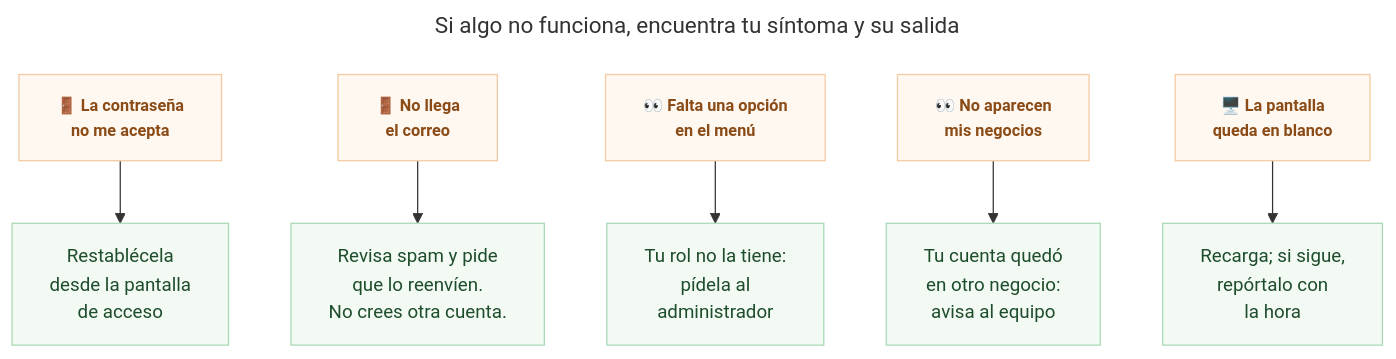
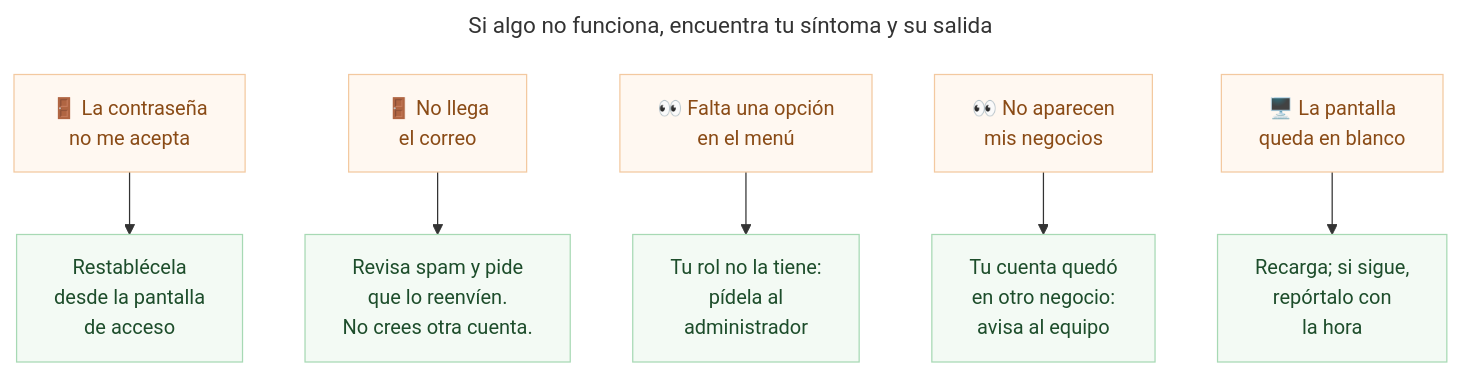
The second of 2 diagrams in ada/qa/00-acceso.md (sotobotero/sotobotero-projects-docs), drawn with Mermaid before and after one commit. The commit also changed other lines of this file and 6 other files, not shown here.

````diff
--- a/ada/qa/00-acceso.md
+++ b/ada/qa/00-acceso.md
@@ -60,29 +60,29 @@
 ```mermaid
 ---
 title: Si algo no funciona, encuentra tu síntoma y su salida
 config:
   securityLevel: loose
 ---
 flowchart TB
     A1["🚪 La contraseña<br/>no me acepta"]:::fallo
     A2["🚪 No llega<br/>el correo"]:::fallo
     B1["👀 Falta una opción<br/>en el menú"]:::fallo
     B2["👀 No aparecen<br/>mis negocios"]:::fallo
     C1["🖥️ La pantalla<br/>queda en blanco"]:::fallo
     R1["Restablécela<br/>desde la pantalla<br/>de acceso"]:::arreglo
     R2["Revisa spam y pide<br/>que lo reenvíen.<br/>No crees otra cuenta."]:::arreglo
     R3["Tu rol no la tiene:<br/>pídela al<br/>administrador"]:::arreglo
     R4["Tu cuenta quedó<br/>en otro negocio:<br/>avisa al equipo"]:::arreglo
     R5["Recarga; si sigue,<br/>repórtalo con<br/>la hora"]:::arreglo
 
     A1 --> R1
     A2 --> R2
     B1 --> R3
     B2 --> R4
     C1 --> R5
 
-    classDef fallo fill:#fff8f1,stroke:#f3c9a0,stroke-width:1px,color:#8a4b16,font-size:13px,font-weight:600
-    classDef arreglo fill:#f3faf4,stroke:#a7d9b4,stroke-width:1px,color:#1d4d2b,font-size:15px
+    classDef fallo fill:#fff8f1,stroke:#f3c9a0,stroke-width:1px,color:#8a4b16
+    classDef arreglo fill:#f3faf4,stroke:#a7d9b4,stroke-width:1px,color:#1d4d2b
 
     click R1 "https://sso.sotobotero.com" "Abrir la pantalla de acceso"
 ```
````
